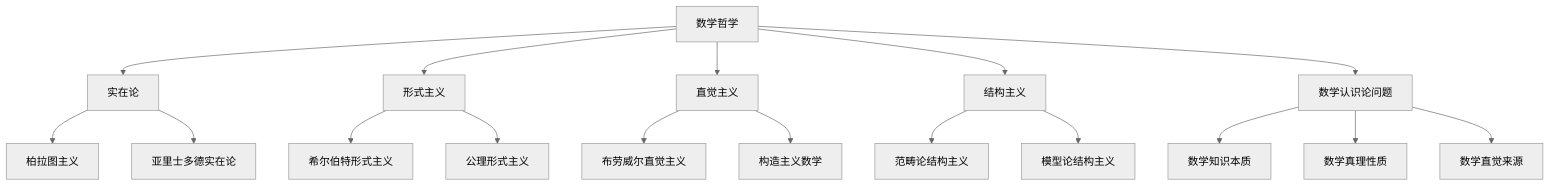
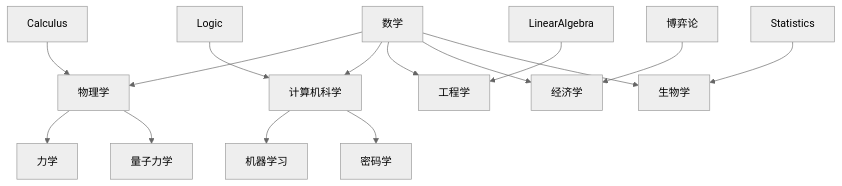
One commit to AdaMartin18010/Mathematics changed the fifth of 5 diagrams in Math/Refactor/00-项目总览/01-知识图谱分析.md. Above: the diagram before and after it, drawn with Mermaid (neutral theme). The commit also changed other lines of this file and 22 other files, not shown here.

````diff
--- a/Math/Refactor/00-项目总览/01-知识图谱分析.md
+++ b/Math/Refactor/00-项目总览/01-知识图谱分析.md
@@ -525,24 +241,19 @@
 ```mermaid
 graph TD
-    A[数学哲学] --> B[实在论]
-    A --> C[形式主义]
-    A --> D[直觉主义]
-    A --> E[结构主义]
+    Math[数学] --> Physics[物理学]
+    Math --> CS[计算机科学]
+    Math --> Engineering[工程学]
+    Math --> Economics[经济学]
+    Math --> Biology[生物学]
     
-    B --> B1[柏拉图主义]
-    B --> B2[亚里士多德实在论]
+    Logic --> CS
+    Calculus --> Physics
+    Statistics --> Biology
+    LinearAlgebra --> Engineering
+    GameTheory[博弈论] --> Economics
     
-    C --> C1[希尔伯特形式主义]
-    C --> C2[公理形式主义]
-    
-    D --> D1[布劳威尔直觉主义]
-    D --> D2[构造主义数学]
-    
-    E --> E1[范畴论结构主义]
-    E --> E2[模型论结构主义]
-    
-    A --> F[数学认识论问题]
-    F --> F1[数学知识本质]
-    F --> F2[数学真理性质]
-    F --> F3[数学直觉来源]
+    CS --> ML[机器学习]
+    CS --> Crypto[密码学]
+    Physics --> Mechanics[力学]
+    Physics --> QM[量子力学]
 ```
````
